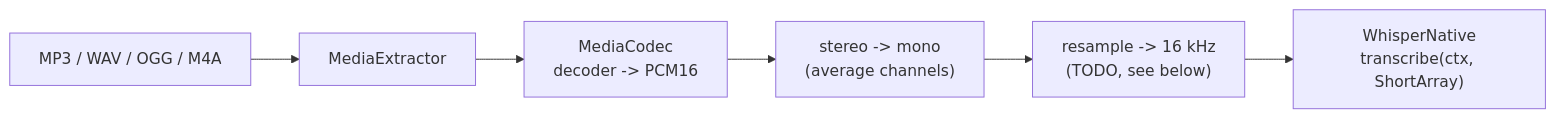
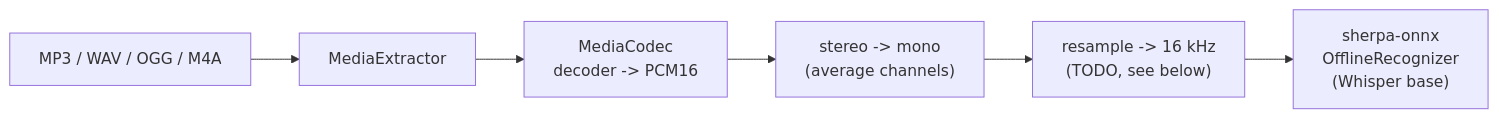
Before and after one commit to Franck-Sorel/voice-to-pdf: the second of 2 diagrams in docs/ARCHITECTURE.md, drawn with Mermaid. The commit also changed other lines of this file, not shown here.

First line of the commit message:
docs(architecture): sherpa-onnx speech runtime + MVP 3 voice agent module

````diff
--- a/docs/ARCHITECTURE.md
+++ b/docs/ARCHITECTURE.md
@@ -99,8 +99,8 @@
 ```mermaid
 flowchart LR
     SRC["MP3 / WAV / OGG / M4A"] --> EXT["MediaExtractor"]
     EXT --> MC["MediaCodec\ndecoder -> PCM16"]
     MC --> MIX["stereo -> mono\n(average channels)"]
     MIX --> RES["resample -> 16 kHz\n(TODO, see below)"]
-    RES --> W["WhisperNative\ntranscribe(ctx, ShortArray)"]
+    RES --> W["sherpa-onnx\nOfflineRecognizer\n(Whisper base)"]
 ```
````
